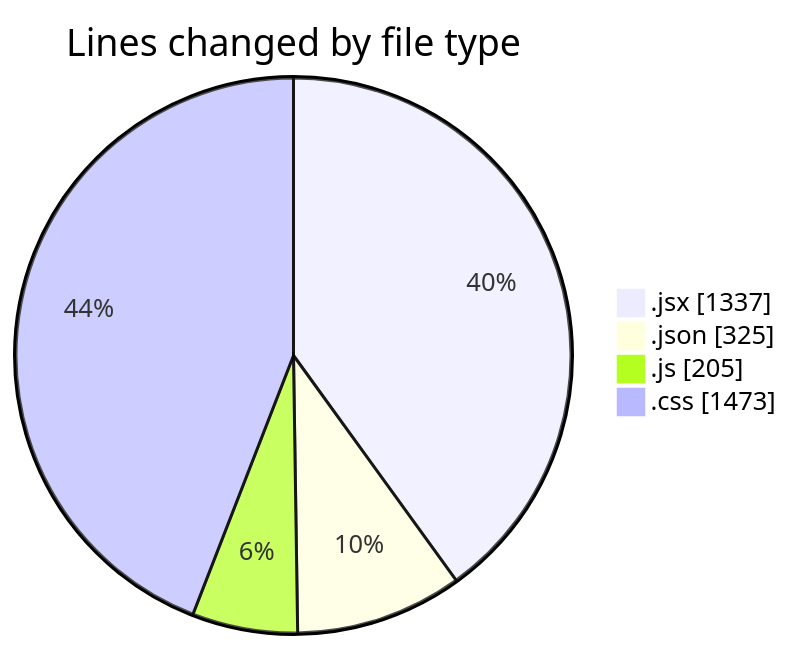
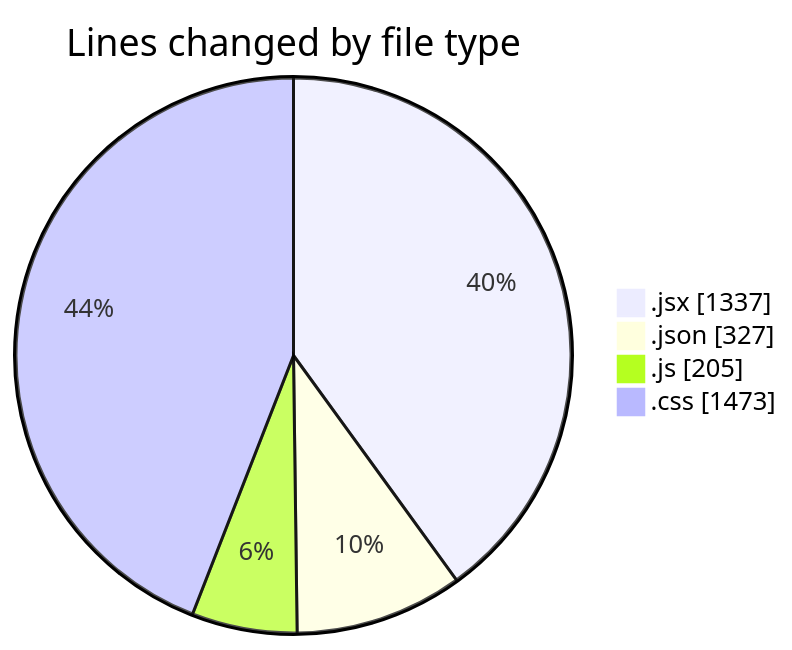
Before and after one commit to BS-eng2023/code-tracking: the first of 2 diagrams in 2025-05-04/project/README.md, drawn with Mermaid. The commit also changed other lines of this file and 1 other file, not shown here.

````diff
--- a/2025-05-04/project/README.md
+++ b/2025-05-04/project/README.md
@@ -39,8 +39,8 @@
 ```mermaid
 pie showData
 title Lines changed by file type
 ".jsx" : 1337
-".json" : 325
+".json" : 327
 ".js" : 205
 ".css" : 1473
 ```
````
